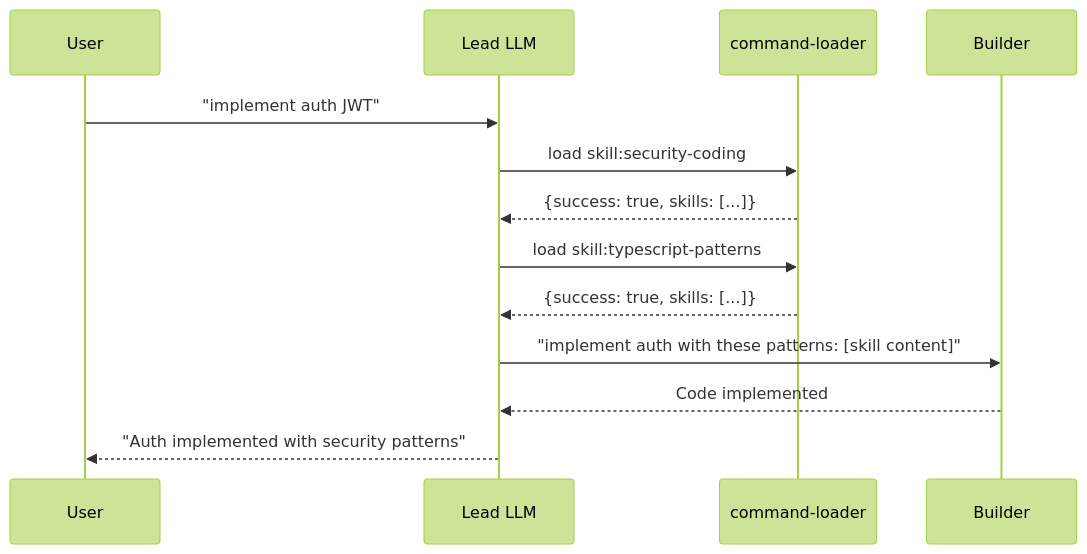
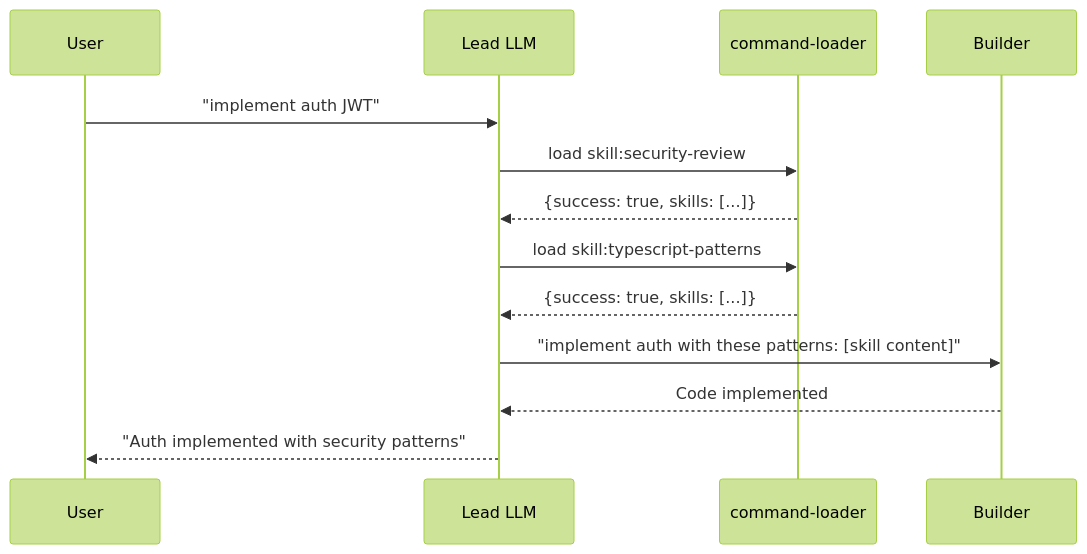
Before and after one commit to MaciWP/claude-code-poneglyph: the second of 2 diagrams in .claude/agents/command-loader.md, drawn with Mermaid (forest theme). The commit also changed other lines of this file and 44 other files, not shown here.

````diff
--- a/.claude/agents/command-loader.md
+++ b/.claude/agents/command-loader.md
@@ -340,16 +340,16 @@
 ```mermaid
 sequenceDiagram
     participant U as User
     participant L as Lead LLM
     participant CL as command-loader
     participant B as Builder
 
     U->>L: "implement auth JWT"
-    L->>CL: load skill:security-coding
+    L->>CL: load skill:security-review
     CL-->>L: {success: true, skills: [...]}
     L->>CL: load skill:typescript-patterns
     CL-->>L: {success: true, skills: [...]}
     L->>B: "implement auth with these patterns: [skill content]"
     B-->>L: Code implemented
     L-->>U: "Auth implemented with security patterns"
 ```
````
